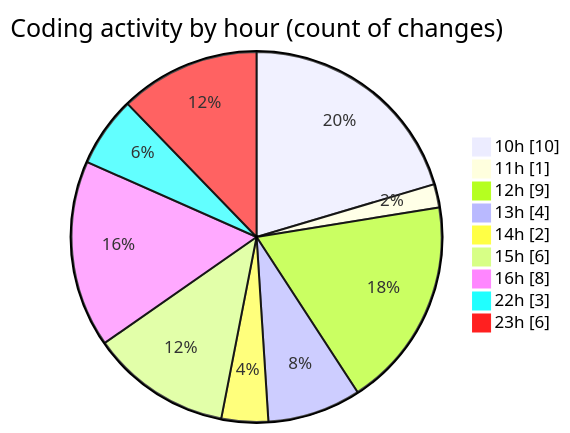
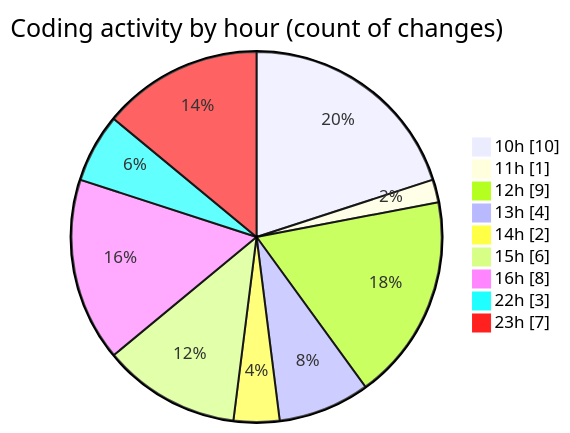
One commit to julien-gomy/code-tracking changed the second of 2 diagrams in 2025-11-20/eventscop-api-guide__workspace_/README.md. Above: the diagram before and after it, drawn with Mermaid. The commit also changed other lines of this file and 1 other file, not shown here.

````diff
--- a/2025-11-20/eventscop-api-guide__workspace_/README.md
+++ b/2025-11-20/eventscop-api-guide__workspace_/README.md
@@ -42,13 +42,13 @@
 ```mermaid
 pie showData
 title Coding activity by hour (count of changes)
 "10h" : 10
 "11h" : 1
 "12h" : 9
 "13h" : 4
 "14h" : 2
 "15h" : 6
 "16h" : 8
 "22h" : 3
-"23h" : 6
+"23h" : 7
 ```
````
